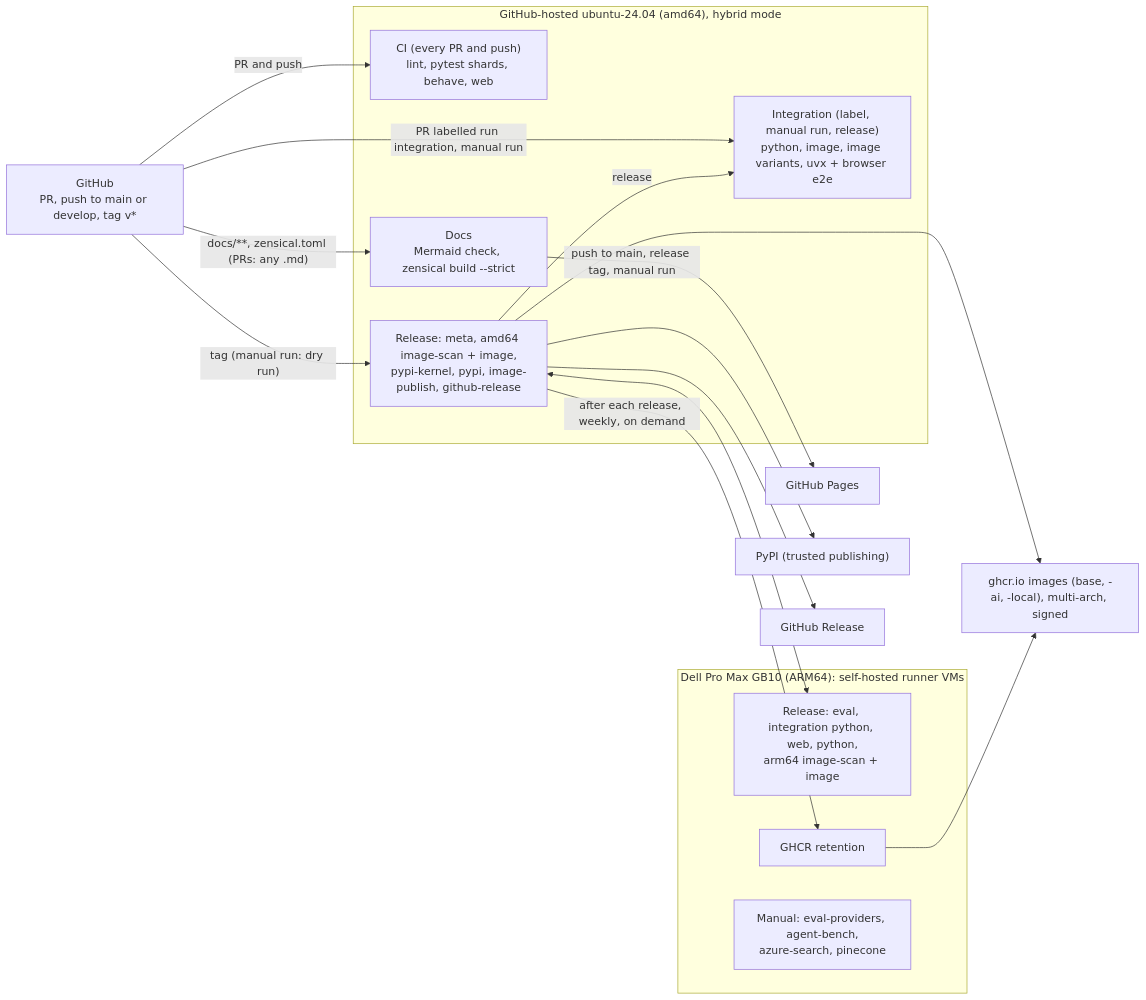
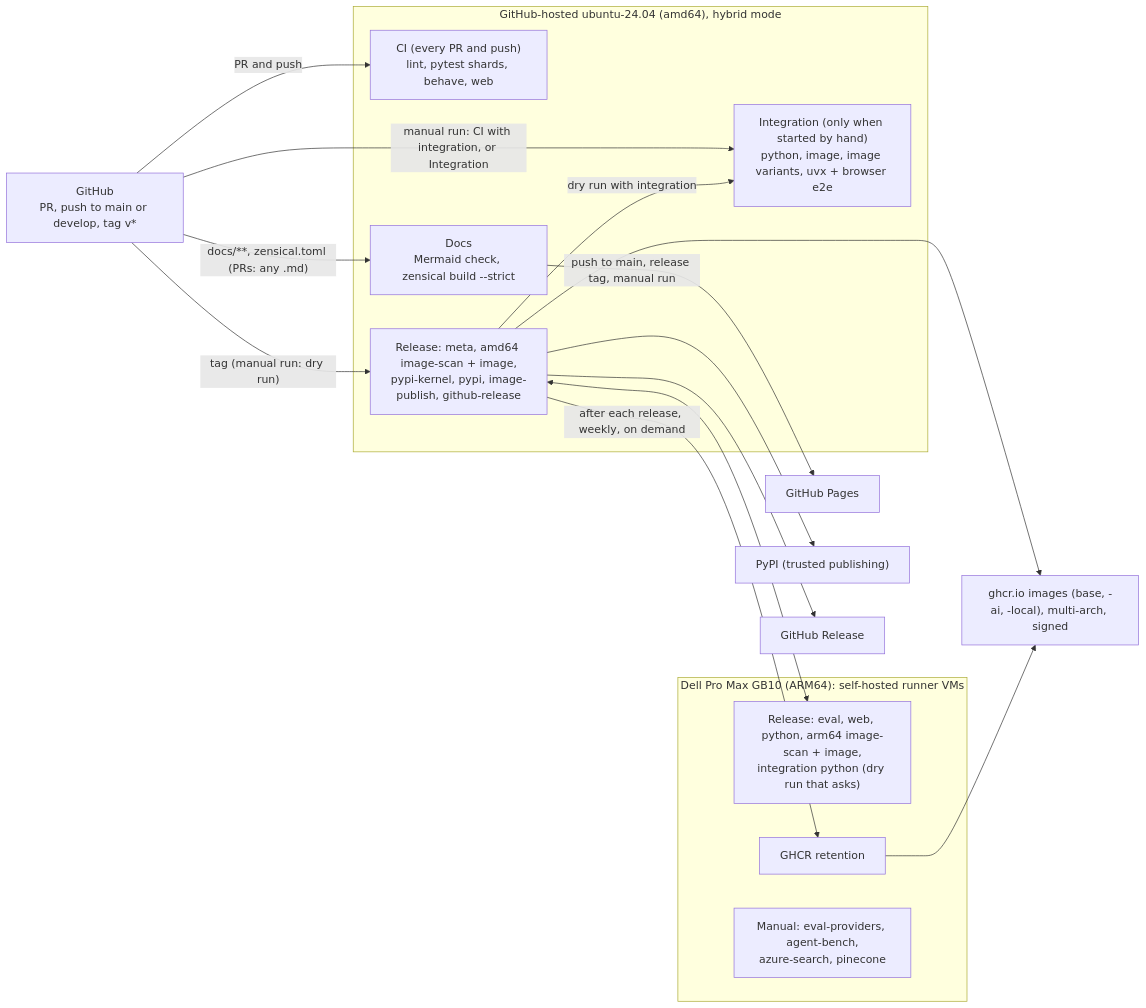
Before and after one commit to SirCypkowskyy/ExactDocs: the second of 2 diagrams in docs/releasing.md, drawn with Mermaid. The commit also changed other lines of this file and 8 other files, not shown here.

First line of the commit message:
ci: the integration and end-to-end jobs run only when started by hand (#554)

````diff
--- a/docs/releasing.md
+++ b/docs/releasing.md
@@ -498,27 +502,27 @@
 ```mermaid
 flowchart LR
     gh["GitHub<br/>PR, push to main or develop, tag v*"]
     subgraph hosted ["GitHub-hosted ubuntu-24.04 (amd64), hybrid mode"]
         ci["CI (every PR and push)<br/>lint, pytest shards, behave, web"]
-        integ["Integration (label, manual run, release)<br/>python, image, image variants, uvx + browser e2e"]
+        integ["Integration (only when started by hand)<br/>python, image, image variants, uvx + browser e2e"]
         docs["Docs<br/>Mermaid check, zensical build --strict"]
         relh["Release: meta, amd64 image-scan + image,<br/>pypi-kernel, pypi, image-publish, github-release"]
     end
     subgraph gb10 ["Dell Pro Max GB10 (ARM64): self-hosted runner VMs"]
-        rels["Release: eval, integration python, web, python,<br/>arm64 image-scan + image"]
+        rels["Release: eval, web, python, arm64 image-scan + image,<br/>integration python (dry run that asks)"]
         ret["GHCR retention"]
         manual["Manual: eval-providers, agent-bench,<br/>azure-search, pinecone"]
     end
     gh -->|PR and push| ci
-    gh -->|"PR labelled run integration, manual run"| integ
-    relh -->|release| integ
+    gh -->|"manual run: CI with integration, or Integration"| integ
+    relh -->|"dry run with integration"| integ
     gh -->|"docs/**, zensical.toml (PRs: any .md)"| docs
     gh -->|"tag (manual run: dry run)"| relh
     relh <--> rels
     relh -->|after each release, weekly, on demand| ret
     docs -->|"push to main, release tag, manual run"| pages["GitHub Pages"]
     relh --> pypi["PyPI (trusted publishing)"]
     relh --> ghcr["ghcr.io images (base, -ai, -local), multi-arch, signed"]
     relh --> ghrel["GitHub Release"]
     ret --> ghcr
 ```
````
